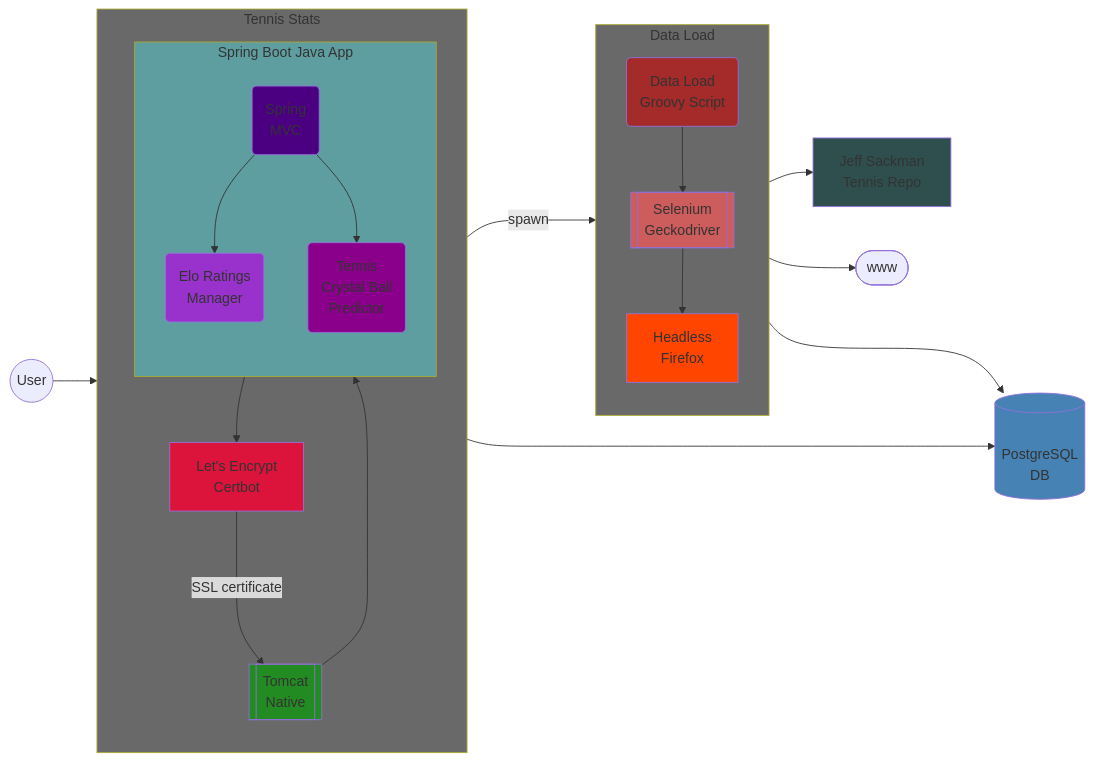
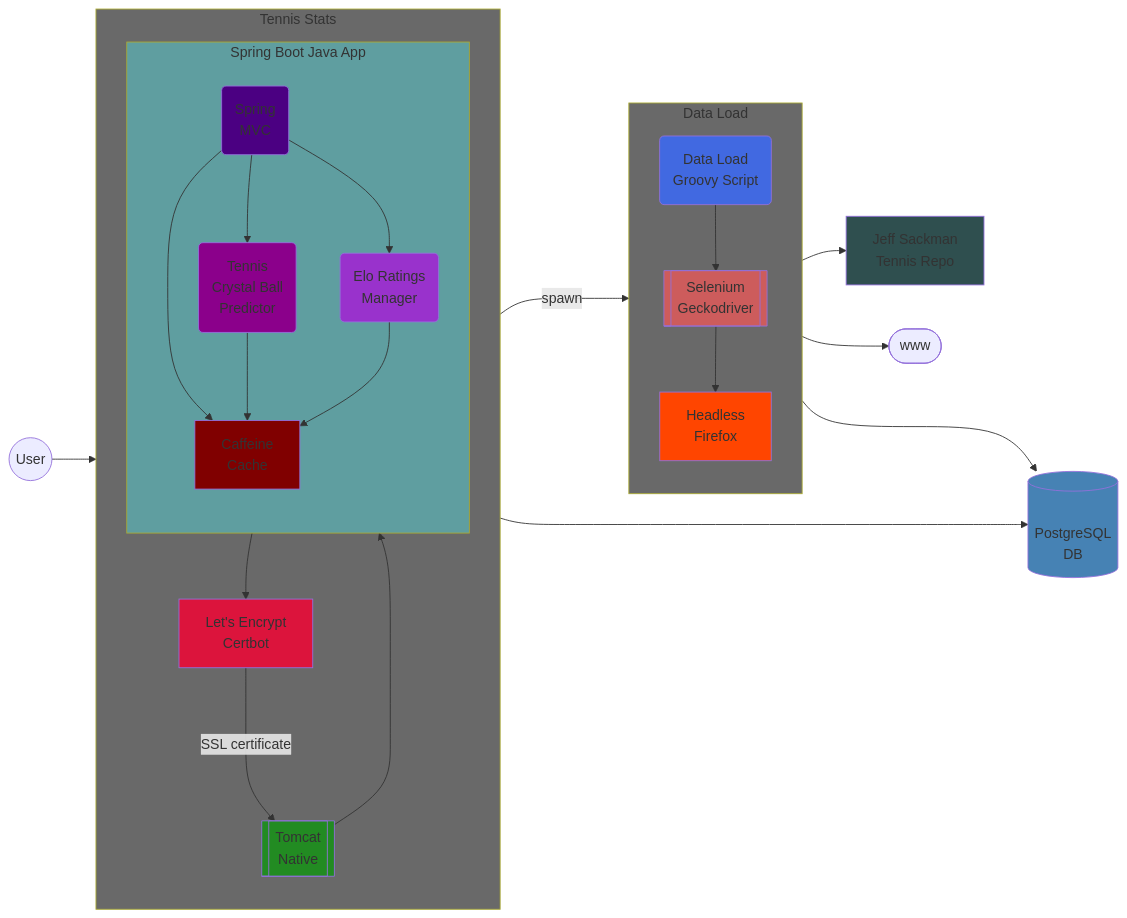
The diagram in README.md (mcekovic/tennis-crystal-ball), drawn with Mermaid before and after one commit. The commit also changed other lines of this file, not shown here.

````diff
--- a/README.md
+++ b/README.md
@@ -55,46 +55,50 @@
 ```mermaid
 flowchart LR
   user((User)) --> tn
   subgraph uts[Tennis Stats]
     direction TB
     subgraph app[Spring Boot Java App]
       direction TB
-      mvc(Spring<br>MVC) --> elo(Elo Ratings<br>Manager) & tcb(Tennis<br>Crystal Ball<br>Predictor)
+      cc[Caffeine<br>Cache]
+      mvc(Spring<br>MVC) --> tcb(Tennis<br>Crystal Ball<br>Predictor) & elo(Elo Ratings<br>Manager)
+      mvc & tcb & elo --> cc
     end
     tn[[Tomcat<br>Native]] --> mvc
     app --> cb[Let's Encrypt<br>Certbot] -- SSL certificate ---> tn
   end
   subgraph dl[Data Load]
     direction TB
     load(Data Load<br>Groovy Script) --> gd[[Selenium<br>Geckodriver]] --> ff[Headless<br>Firefox]
   end
   app -- spawn ---> load
   app & load ---> db[(<br>PostgreSQL<br>DB)]
   load --> repo[Jeff Sackman<br>Tennis Repo]
   ff --> www([www])
   
   style uts fill:DimGray
   style app fill:CadetBlue
   style mvc fill:Indigo
   style elo fill:DarkOrchid
   style tcb fill:DarkMagenta
+  style cc fill:Maroon
   style tn fill:ForestGreen
   style cb fill:Crimson
   style dl fill:DimGray
-  style load fill:Brown
+  style load fill:RoyalBlue
   style gd fill:IndianRed
   style ff fill:OrangeRed
   style db fill:SteelBlue
   style repo fill:DarkSlateGray
   
   click mvc href "https://github.com/mcekovic/tennis-crystal-ball/tree/master/tennis-stats/src/main/java/org/strangeforest/tcb/stats/controller" _blank
   click elo href "https://github.com/mcekovic/tennis-crystal-ball/tree/master/tennis-stats/src/main/java/org/strangeforest/tcb/stats/model/elo" _blank
   click tcb href "https://github.com/mcekovic/tennis-crystal-ball/tree/master/tennis-stats/src/main/java/org/strangeforest/tcb/stats/model/prediction" _blank
+  click cc href "https://github.com/ben-manes/caffeine" _blank
   click tn href "https://tomcat.apache.org/native-doc" _blank
   click cb href "https://certbot.eff.org" _blank
   click load href "https://groovy-lang.org" _blank
   click gd href "https://github.com/mozilla/geckodriver" _blank
   click ff href "https://www.mozilla.org/en-US/firefox" _blank
   click db href "https://www.postgresql.org" _blank
   click repo href "https://github.com/JeffSackmann/tennis_atp" _blank
 ```
````
